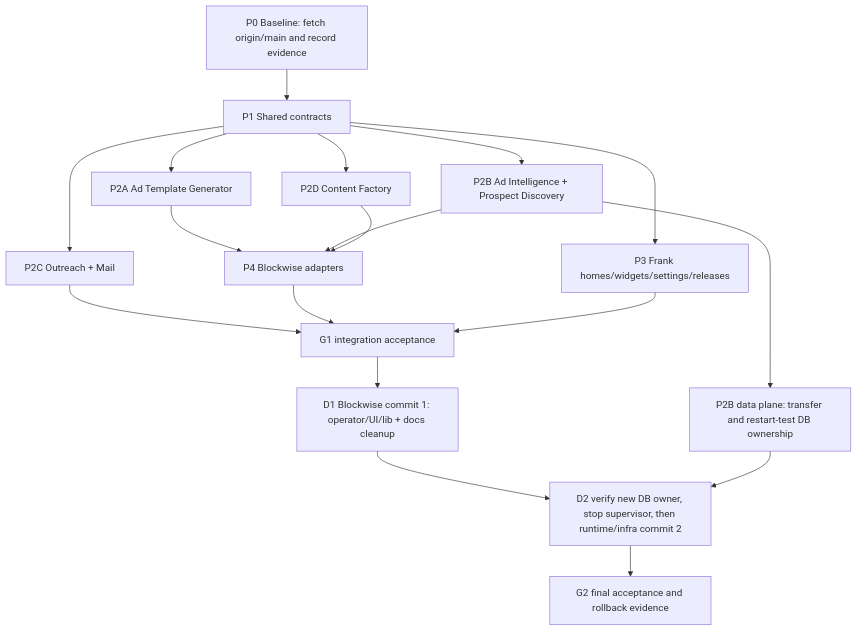
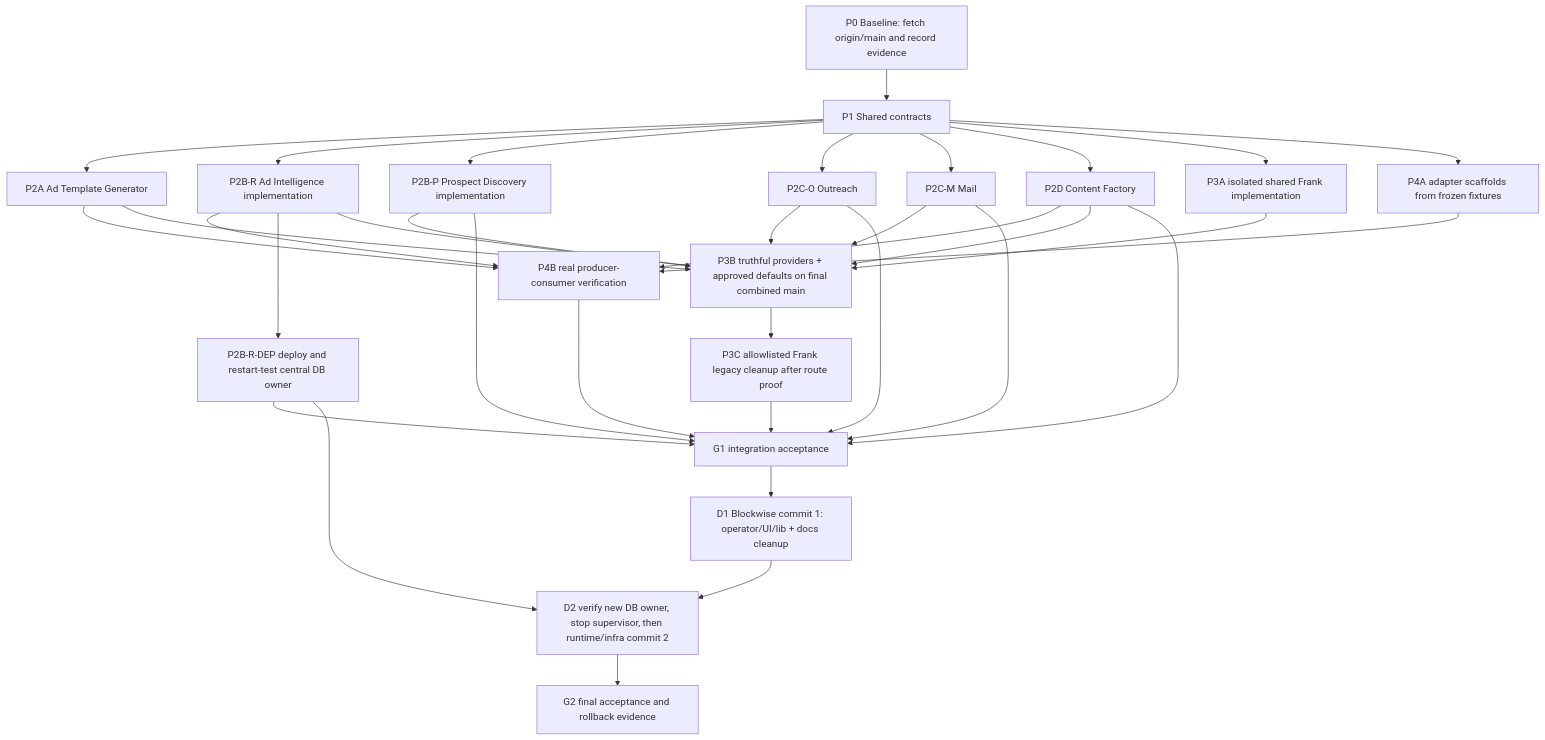
One commit to stevenshelley58-afk/frank changed the diagram in docs/blockwise-to-frank-tool-migration.md. Above: the diagram before and after it, drawn with Mermaid. The commit also changed other lines of this file and 26 other files, not shown here.

````diff
--- a/docs/blockwise-to-frank-tool-migration.md
+++ b/docs/blockwise-to-frank-tool-migration.md
@@ -405,20 +473,36 @@
 ```mermaid
 flowchart TD
   P0["P0 Baseline: fetch origin/main and record evidence"] --> P1["P1 Shared contracts"]
   P1 --> A["P2A Ad Template Generator"]
-  P1 --> B["P2B Ad Intelligence + Prospect Discovery"]
-  P1 --> C["P2C Outreach + Mail"]
+  P1 --> BR["P2B-R Ad Intelligence implementation"]
+  P1 --> BP["P2B-P Prospect Discovery implementation"]
+  P1 --> CO["P2C-O Outreach"]
+  P1 --> CM["P2C-M Mail"]
   P1 --> D["P2D Content Factory"]
-  P1 --> F["P3 Frank homes/widgets/settings/releases"]
-  A --> E["P4 Blockwise adapters"]
-  B --> E
-  D --> E
-  C --> G["G1 integration acceptance"]
-  E --> G
-  F --> G
+  P1 --> F["P3A isolated shared Frank implementation"]
+  P1 --> E["P4A adapter scaffolds from frozen fixtures"]
+  A --> V["P4B real producer-consumer verification"]
+  BR --> V
+  D --> V
+  E --> V
+  BR --> DEP["P2B-R-DEP deploy and restart-test central DB owner"]
+  F --> FI["P3B truthful providers + approved defaults on final combined main"]
+  A --> FI
+  BR --> FI
+  BP --> FI
+  CO --> FI
+  CM --> FI
+  D --> FI
+  BP --> G
+  CO --> G["G1 integration acceptance"]
+  CM --> G
+  D --> G
+  V --> G
+  FI --> FC["P3C allowlisted Frank legacy cleanup after route proof"]
+  FC --> G
+  DEP --> G
   G --> D1["D1 Blockwise commit 1: operator/UI/lib + docs cleanup"]
-  B --> DB["P2B data plane: transfer and restart-test DB ownership"]
   D1 --> D2["D2 verify new DB owner, stop supervisor, then runtime/infra commit 2"]
-  DB --> D2
+  DEP --> D2
   D2 --> G2["G2 final acceptance and rollback evidence"]
 ```
````
